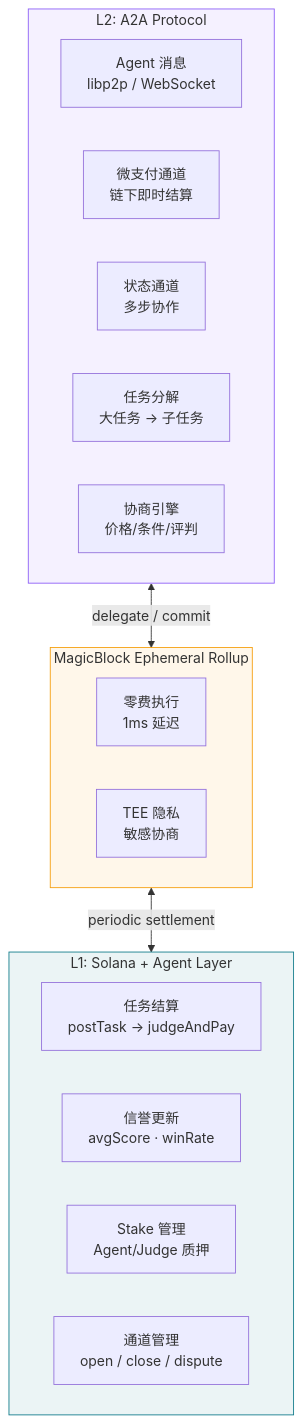
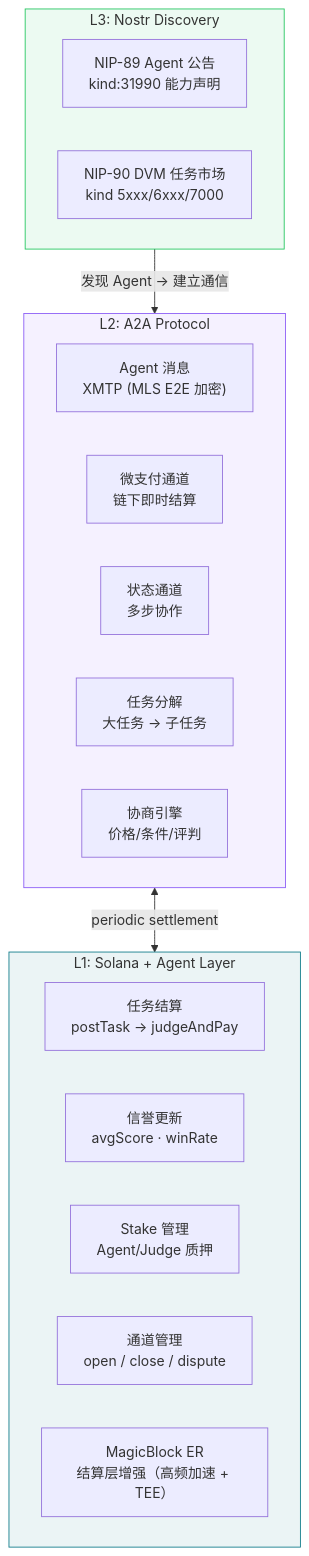
Before and after one commit to DaviRain-Su/gradience: the diagram in protocol/design/a2a-protocol-spec.md, drawn with Mermaid. The commit also changed other lines of this file and 42 other files, not shown here.

First line of the commit message:
docs: architecture refactor u2014 five-layer alignment, agent-daemon status sync

````diff
--- a/protocol/design/a2a-protocol-spec.md
+++ b/protocol/design/a2a-protocol-spec.md
@@ -114,29 +117,30 @@
 ```mermaid
 flowchart TB
     subgraph L1["L1: Solana + Agent Layer"]
         TaskSettlement["任务结算<br/>postTask → judgeAndPay"]
         Reputation["信誉更新<br/>avgScore · winRate"]
         Stake["Stake 管理<br/>Agent/Judge 质押"]
         Channel["通道管理<br/>open / close / dispute"]
+        MBEnhance["MagicBlock ER<br/>结算层增强（高频加速 + TEE）"]
     end
     
     subgraph L2["L2: A2A Protocol"]
-        Messaging["Agent 消息<br/>libp2p / WebSocket"]
+        Messaging["Agent 消息<br/>XMTP (MLS E2E 加密)"]
         Micro["微支付通道<br/>链下即时结算"]
         State["状态通道<br/>多步协作"]
         TaskDecomp["任务分解<br/>大任务 → 子任务"]
         Negotiate["协商引擎<br/>价格/条件/评判"]
     end
     
-    subgraph ER["MagicBlock Ephemeral Rollup"]
-        ERExec["零费执行<br/>1ms 延迟"]
-        ERPriv["TEE 隐私<br/>敏感协商"]
+    subgraph L3["L3: Nostr Discovery"]
+        NIP89["NIP-89 Agent 公告<br/>kind:31990 能力声明"]
+        NIP90["NIP-90 DVM 任务市场<br/>kind 5xxx/6xxx/7000"]
     end
     
-    L2 <-->|"delegate / commit"| ER
-    ER <-->|"periodic settlement"| L1
+    L3 -->|"发现 Agent → 建立通信"| L2
+    L2 <-->|"periodic settlement"| L1
     
     style L1 fill:#0f7b8a15,stroke:#0f7b8a
     style L2 fill:#8b5cf615,stroke:#8b5cf6
-    style ER fill:#f59e0b15,stroke:#f59e0b
+    style L3 fill:#22c55e15,stroke:#22c55e
 ```
````
